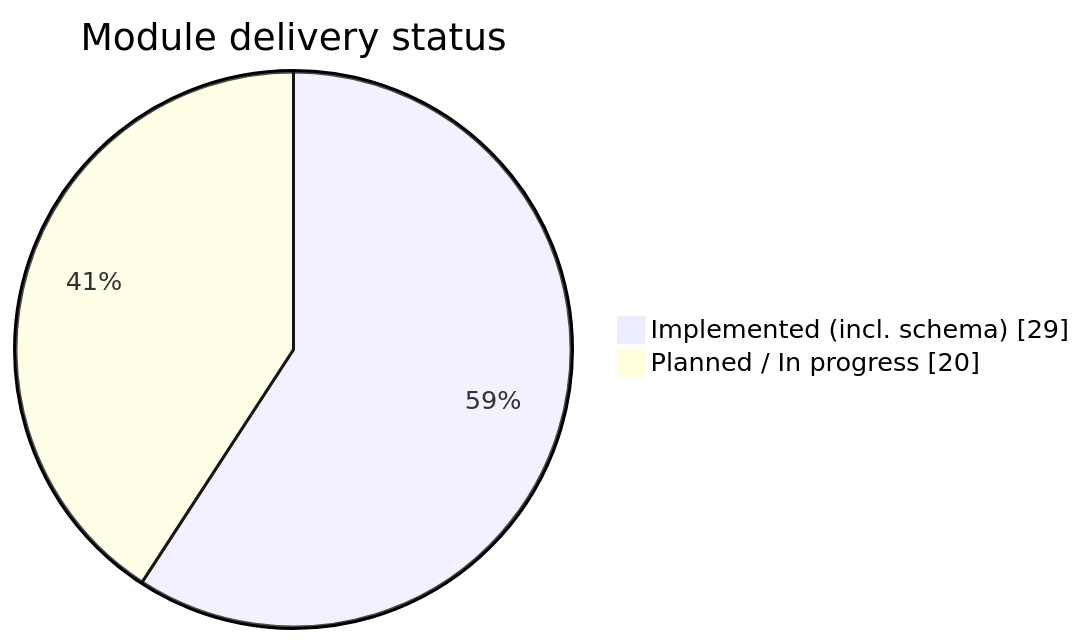
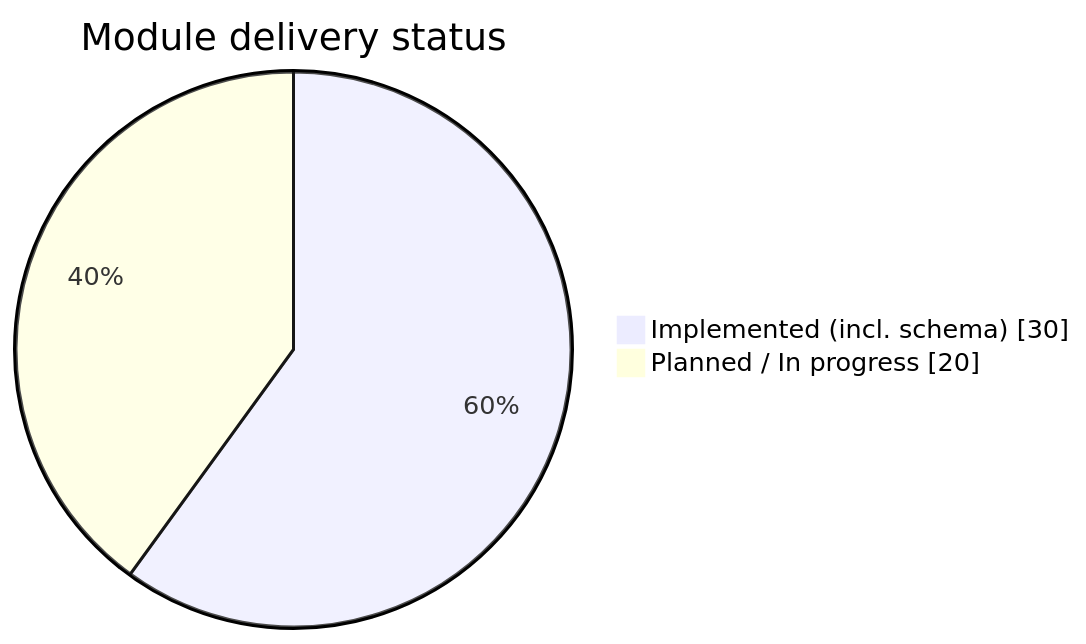
Before and after one commit to RITH-1437/educore: the first of 2 diagrams in docs/6_Module-Status-and-Roadmap.md, drawn with Mermaid. The commit also changed other lines of this file and 27 other files, not shown here.

````diff
--- a/docs/6_Module-Status-and-Roadmap.md
+++ b/docs/6_Module-Status-and-Roadmap.md
@@ -46,6 +47,6 @@
 ```mermaid
 pie showData
   title Module delivery status
-  "Implemented (incl. schema)" : 29
+  "Implemented (incl. schema)" : 30
   "Planned / In progress" : 20
 ```
````
